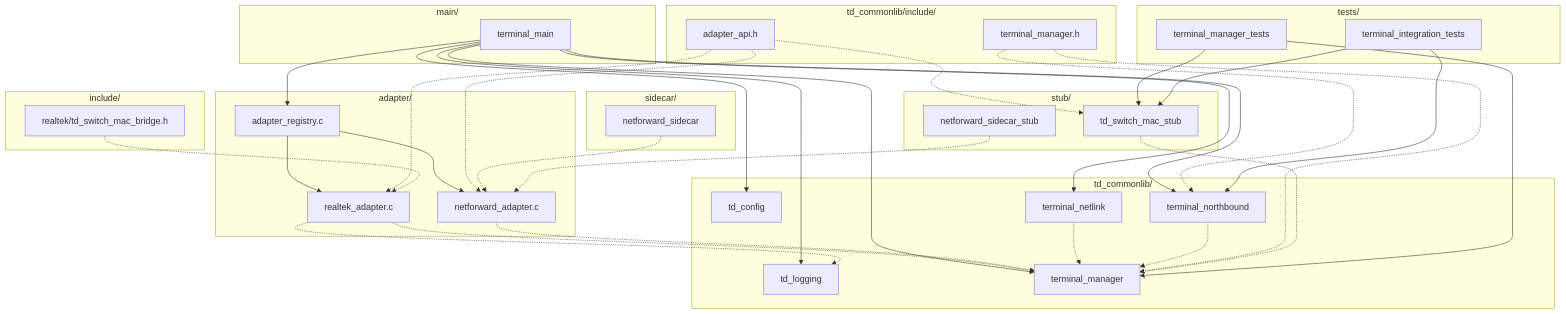
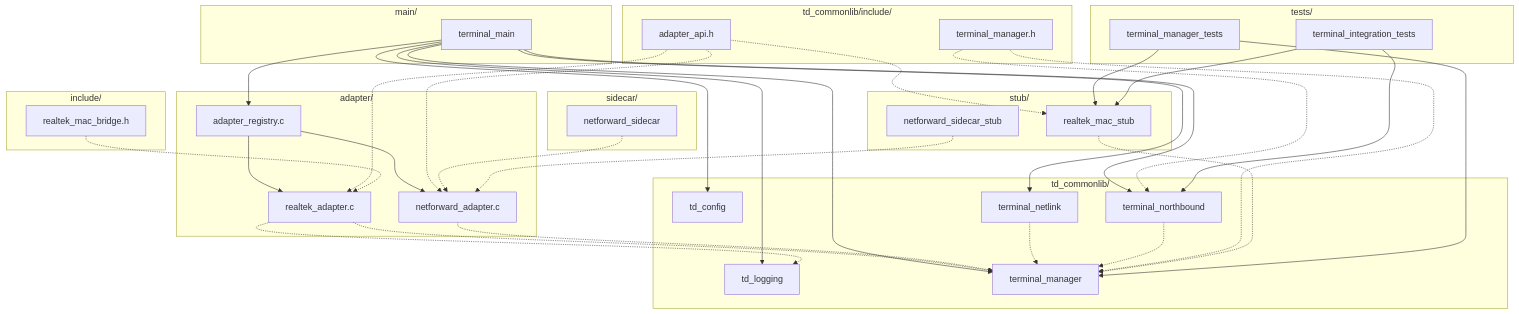
The first of 11 diagrams in C++/Windows/CodeBlocks/TerminalDiscovery/doc/design/src_overview.md (adinxu/Demo), drawn with Mermaid before and after one commit. The commit also changed other lines of this file and 5 other files, not shown here.

````diff
--- a/C++/Windows/CodeBlocks/TerminalDiscovery/doc/design/src_overview.md
+++ b/C++/Windows/CodeBlocks/TerminalDiscovery/doc/design/src_overview.md
@@ -89,70 +89,70 @@
 ```mermaid
 flowchart TD
     subgraph Adapter["adapter/"]
         RA["realtek_adapter.c"]
         NFA["netforward_adapter.c"]
         REG["adapter_registry.c"]
     end
 
     subgraph Common["td_commonlib/"]
         LOG["td_logging"]
         CFG["td_config"]
         TM["terminal_manager"]
         NL["terminal_netlink"]
         NB["terminal_northbound"]
     end
 
   subgraph CommonInclude["td_commonlib/include/"]
     API["adapter_api.h"]
     TMH["terminal_manager.h"]
   end
 
   subgraph PlatformInclude["include/"]
-    RTLH["realtek/td_switch_mac_bridge.h"]
+    RTLH["realtek_mac_bridge.h"]
   end
 
   subgraph Sidecar["sidecar/"]
     NFS["netforward_sidecar"]
   end
 
   subgraph Stub["stub/"]
-    MACStub["td_switch_mac_stub"]
+    MACStub["realtek_mac_stub"]
     NFStub["netforward_sidecar_stub"]
   end
 
   subgraph Tests["tests/"]
     TmUT["terminal_manager_tests"]
     TiIT["terminal_integration_tests"]
   end
 
     subgraph Main["main/"]
         ENTRY["terminal_main"]
     end
 
     REG --> RA
     REG --> NFA
     ENTRY --> CFG
     ENTRY --> LOG
     ENTRY --> REG
     ENTRY --> TM
     ENTRY --> NL
     ENTRY --> NB
     RA -.-> LOG
     RA -.-> TM
     NFA -.-> TM
     NL -.-> TM
     NB -.-> TM
   API -.-> RA
   API -.-> NFA
   API -.-> MACStub
   TMH -.-> TM
   TMH -.-> NB
   RTLH -.-> RA
   MACStub -.-> TM
   NFS -.-> NFA
   NFStub -.-> NFA
   TmUT --> TM
   TmUT --> MACStub
   TiIT --> NB
   TiIT --> MACStub
 ```
````
